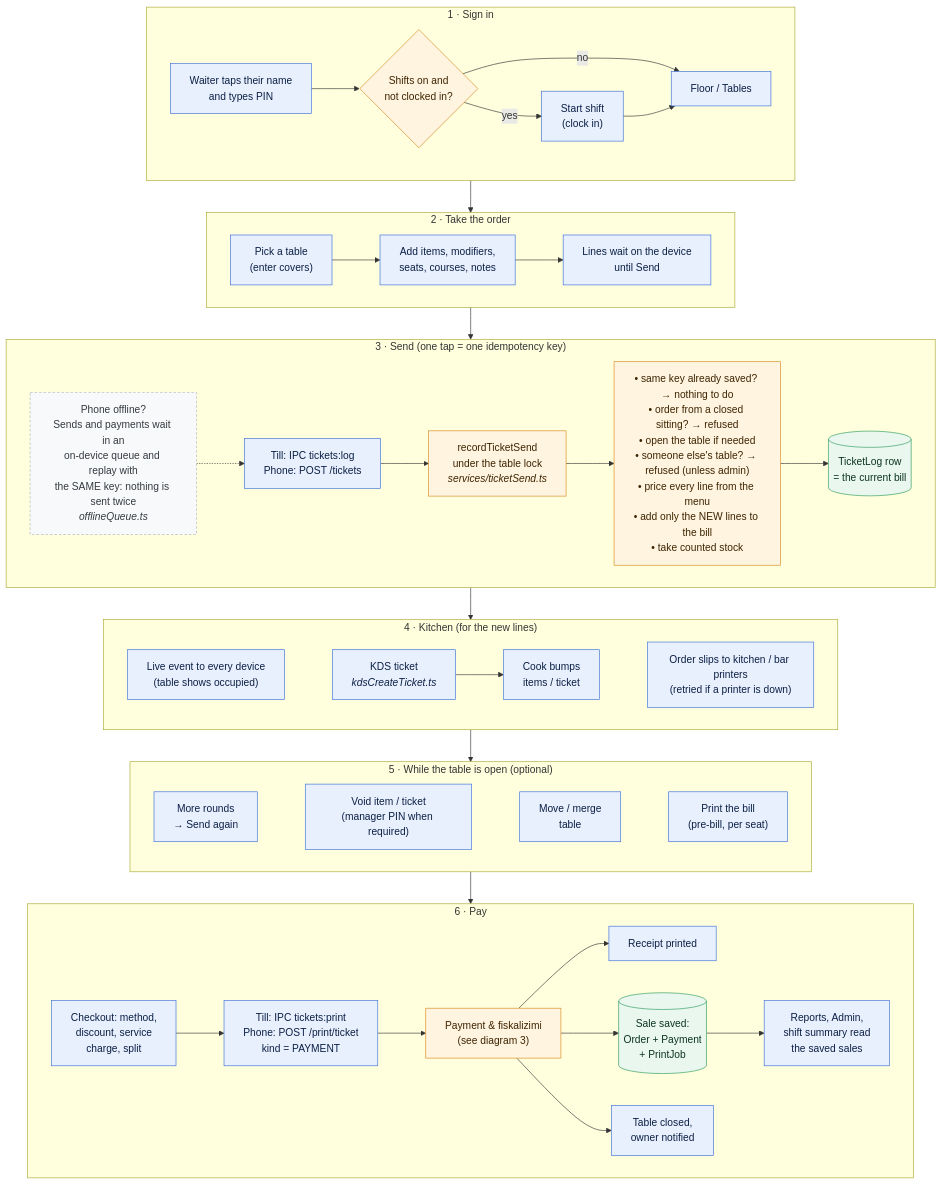
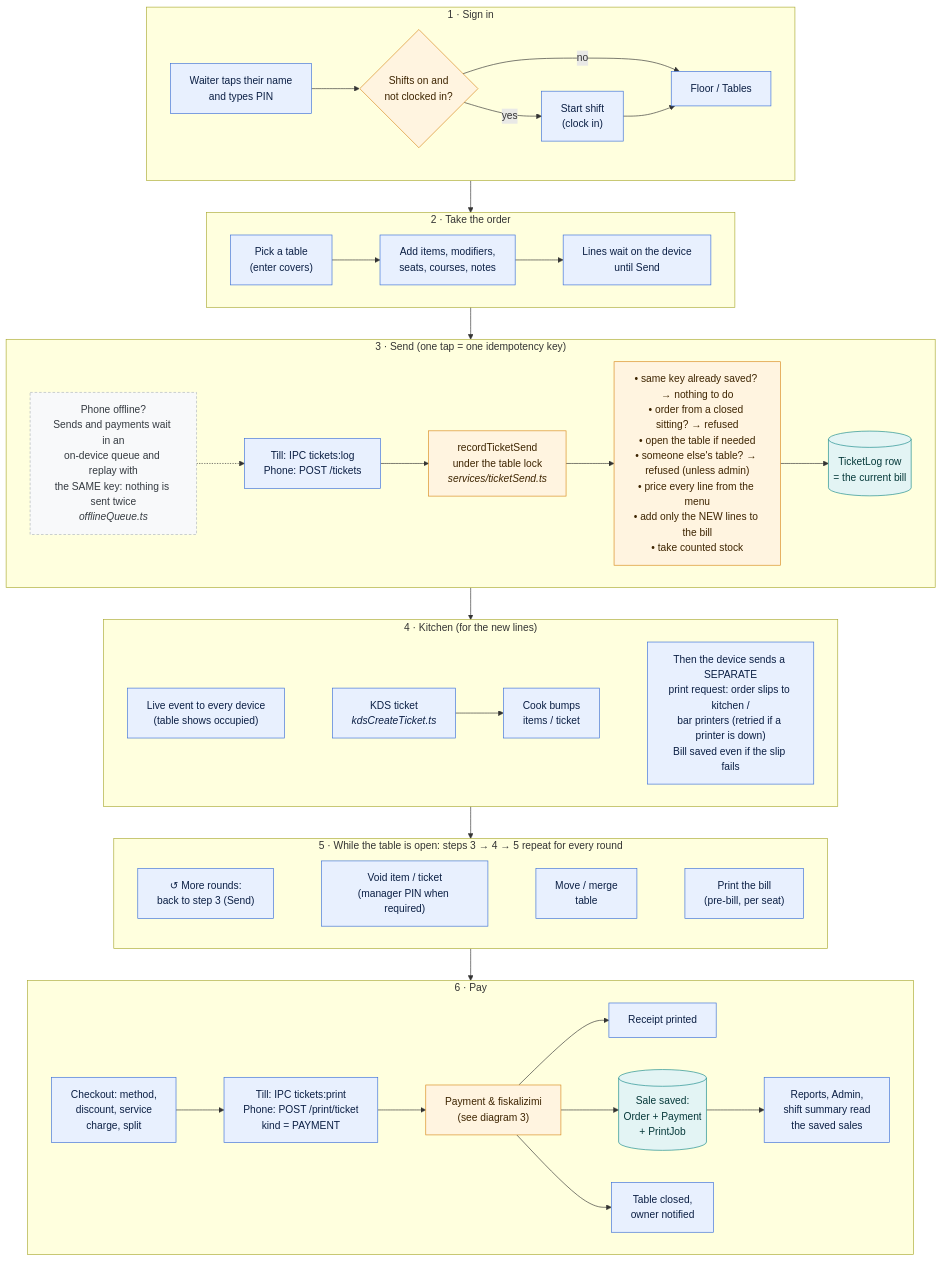
The diagram in docs/diagrams/02-order-lifecycle.mmd (DidiG03/POS), drawn with Mermaid before and after one commit. The commit also changed 28 other files, not shown here.

First line of the commit message:
Diagrams: key & glossary page, one colour scheme, version stamps, fixes

```diff
--- a/docs/diagrams/02-order-lifecycle.mmd
+++ b/docs/diagrams/02-order-lifecycle.mmd
@@ -1,67 +1,72 @@
 ---
 config:
   layout: dagre
 ---
 %% 2. Life of an order: from sign-in to a closed table.
 %% Each stage is a horizontal band; stages connect top to bottom.
 flowchart TB
   subgraph S1["1 · Sign in"]
     direction LR
     A1["Waiter taps their name<br/>and types PIN"] --> A2{"Shifts on and<br/>not clocked in?"}
     A2 -- yes --> A3["Start shift<br/>(clock in)"]
     A2 -- no --> A4["Floor / Tables"]
     A3 --> A4
   end
 
   subgraph S2["2 · Take the order"]
     direction LR
     B1["Pick a table<br/>(enter covers)"] --> B2["Add items, modifiers,<br/>seats, courses, notes"]
     B2 --> B3["Lines wait on the device<br/>until Send"]
   end
 
   subgraph S3["3 · Send (one tap = one idempotency key)"]
     direction LR
     OFF["Phone offline?<br/>Sends and payments wait in an<br/>on-device queue and replay with<br/>the SAME key: nothing is sent twice<br/><i>offlineQueue.ts</i>"] -.-> C1
     C1["Till: IPC tickets:log<br/>Phone: POST /tickets"] --> C2["recordTicketSend<br/>under the table lock<br/><i>services/ticketSend.ts</i>"]
     C2 --> C3["• same key already saved? → nothing to do<br/>• order from a closed sitting? → refused<br/>• open the table if needed<br/>• someone else's table? → refused (unless admin)<br/>• price every line from the menu<br/>• add only the NEW lines to the bill<br/>• take counted stock"]
     C3 --> C4[("TicketLog row<br/>= the current bill")]
   end
 
   subgraph S4["4 · Kitchen (for the new lines)"]
     direction LR
     D1["Live event to every device<br/>(table shows occupied)"]
-    D4["Order slips to kitchen / bar printers<br/>(retried if a printer is down)"]
+    D4["Then the device sends a SEPARATE<br/>print request: order slips to kitchen /<br/>bar printers (retried if a printer is down)<br/>Bill saved even if the slip fails"]
     D2["KDS ticket<br/><i>kdsCreateTicket.ts</i>"] --> D3["Cook bumps<br/>items / ticket"]
     D1 ~~~ D2
     D3 ~~~ D4
   end
 
-  subgraph S5["5 · While the table is open (optional)"]
+  subgraph S5["5 · While the table is open: steps 3 → 4 → 5 repeat for every round"]
     direction LR
-    E1["More rounds<br/>→ Send again"]
+    E1["↺ More rounds:<br/>back to step 3 (Send)"]
     E2["Void item / ticket<br/>(manager PIN when required)"]
     E3["Move / merge<br/>table"]
     E4["Print the bill<br/>(pre-bill, per seat)"]
     E1 ~~~ E2 ~~~ E3 ~~~ E4
   end
 
   subgraph S6["6 · Pay"]
     direction LR
     F1["Checkout: method,<br/>discount, service<br/>charge, split"] --> F2["Till: IPC tickets:print<br/>Phone: POST /print/ticket<br/>kind = PAYMENT"]
     F2 --> F3["Payment & fiskalizimi<br/>(see diagram 3)"]
     F3 --> F4["Receipt printed"]
     F3 --> F5[("Sale saved:<br/>Order + Payment<br/>+ PrintJob")]
     F3 --> F6["Table closed,<br/>owner notified"]
     F5 --> R1["Reports, Admin,<br/>shift summary read<br/>the saved sales"]
   end
 
   S1 --> S2 --> S3 --> S4 --> S5 --> S6
 
   classDef step fill:#e8f0fe,stroke:#3b6fd8,color:#0b1f44
-  classDef rule fill:#fff4e0,stroke:#d88a1d,color:#3d2400
-  classDef data fill:#e9f7ef,stroke:#2e9b5b,color:#0d3320
+  classDef logic fill:#fff4e0,stroke:#d88a1d,color:#3d2400
+  classDef data fill:#e3f4f4,stroke:#178a8a,color:#06393a
+  classDef good fill:#e9f7ef,stroke:#2e9b5b,color:#0d3320
+  classDef warn fill:#fff9db,stroke:#e0a800,color:#3d2e00
+  classDef bad fill:#fdecec,stroke:#d64545,color:#4a0d0d
+  classDef ext fill:#f3e8fd,stroke:#8b4fd1,color:#2a0d4a
+  classDef device fill:#f1f3f5,stroke:#868e96,color:#212529
   classDef note fill:#f8f9fa,stroke:#adb5bd,color:#343a40,stroke-dasharray:4 3
   class A1,A3,A4,B1,B2,B3,C1,D1,D2,D3,D4,E1,E2,E3,E4,F1,F2,F4,F6,R1 step
-  class A2,C2,C3,F3 rule
+  class A2,C2,C3,F3 logic
   class C4,F5 data
   class OFF note
```
